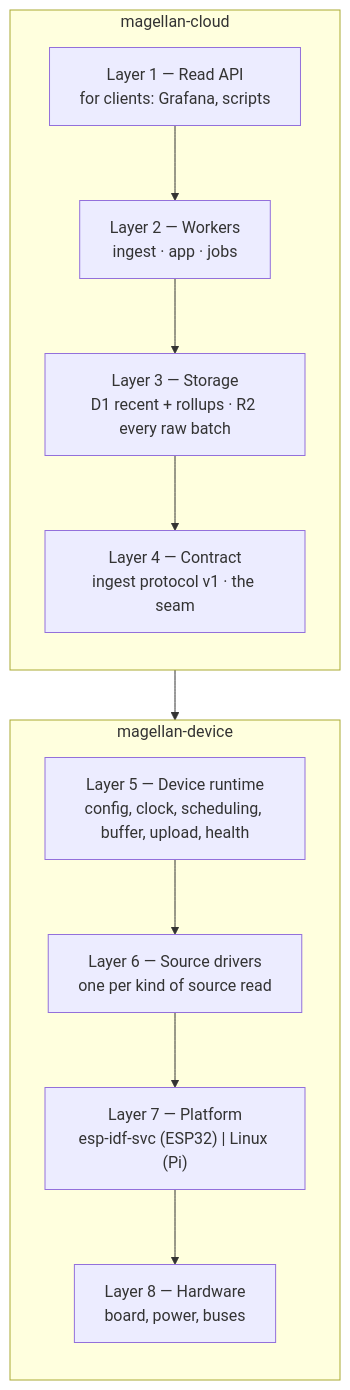
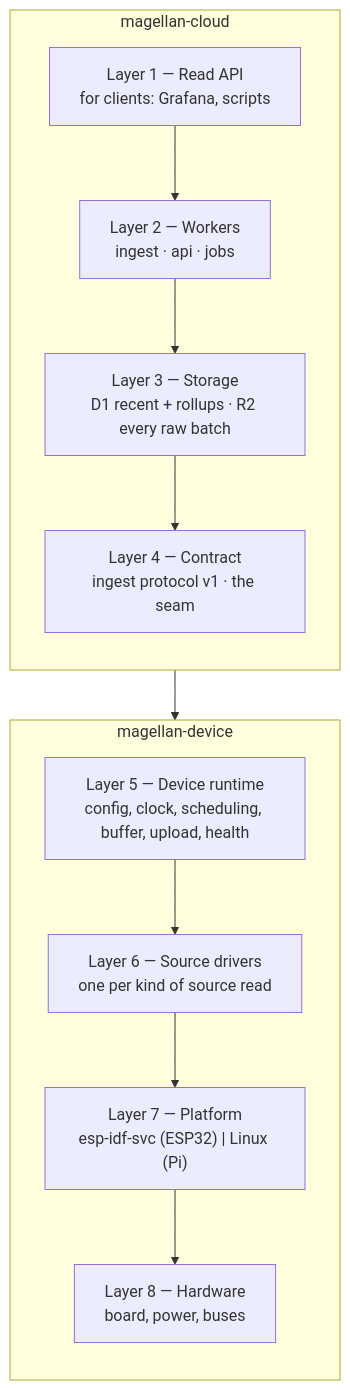
The first of 2 diagrams in docs/DESIGN.md (fabbrito/magellan-cloud), drawn with Mermaid before and after one commit. The commit also changed other lines of this file and 15 other files, not shown here.

Commit message:
refactor(api-worker): rename from app-worker, drop Access

````diff
--- a/docs/DESIGN.md
+++ b/docs/DESIGN.md
@@ -60,22 +60,22 @@
 ```mermaid
 flowchart TB
     subgraph cloud["magellan-cloud"]
         direction TB
         L1["Layer 1 — Read API<br/>for clients: Grafana, scripts"]
-        L2["Layer 2 — Workers<br/>ingest · app · jobs"]
+        L2["Layer 2 — Workers<br/>ingest · api · jobs"]
         L3["Layer 3 — Storage<br/>D1 recent + rollups · R2 every raw batch"]
         L4["Layer 4 — Contract<br/>ingest protocol v1 · the seam"]
         L1 --> L2 --> L3 --> L4
     end
 
     subgraph device["magellan-device"]
         direction TB
         L5["Layer 5 — Device runtime<br/>config, clock, scheduling, buffer, upload, health"]
         L6["Layer 6 — Source drivers<br/>one per kind of source read"]
         L7["Layer 7 — Platform<br/>esp-idf-svc (ESP32) | Linux (Pi)"]
         L8["Layer 8 — Hardware<br/>board, power, buses"]
         L5 --> L6 --> L7 --> L8
     end
 
     L4 --> L5
 ```
````
